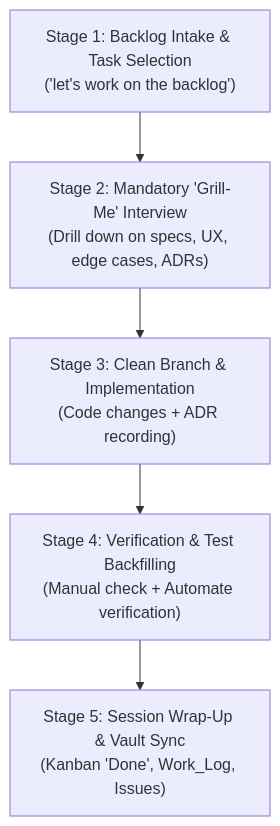
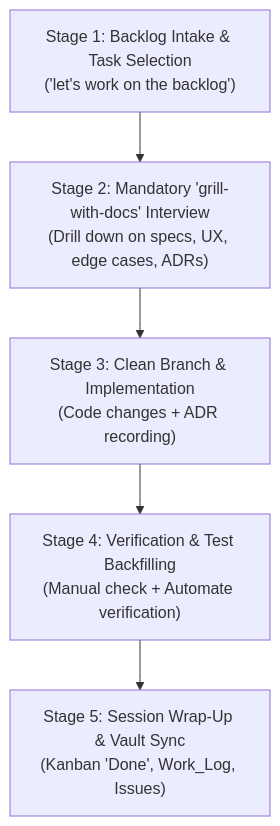
One commit to supreethks/dotfiles changed the diagram in agents/skills/obsidian-project-tracker/SKILL.md. Above: the diagram before and after it, drawn with Mermaid. The commit also changed other lines of this file and 6 other files, not shown here.

````diff
--- a/agents/skills/obsidian-project-tracker/SKILL.md
+++ b/agents/skills/obsidian-project-tracker/SKILL.md
@@ -80,7 +80,7 @@
 ```mermaid
 flowchart TD
-    A["Stage 1: Backlog Intake & Task Selection\n('let's work on the backlog')"] --> B["Stage 2: Mandatory 'Grill-Me' Interview\n(Drill down on specs, UX, edge cases, ADRs)"]
+    A["Stage 1: Backlog Intake & Task Selection\n('let's work on the backlog')"] --> B["Stage 2: Mandatory 'grill-with-docs' Interview\n(Drill down on specs, UX, edge cases, ADRs)"]
     B --> C["Stage 3: Clean Branch & Implementation\n(Code changes + ADR recording)"]
     C --> D["Stage 4: Verification & Test Backfilling\n(Manual check + Automate verification)"]
     D --> E["Stage 5: Session Wrap-Up & Vault Sync\n(Kanban 'Done', Work_Log, Issues)"]
 ```
````
